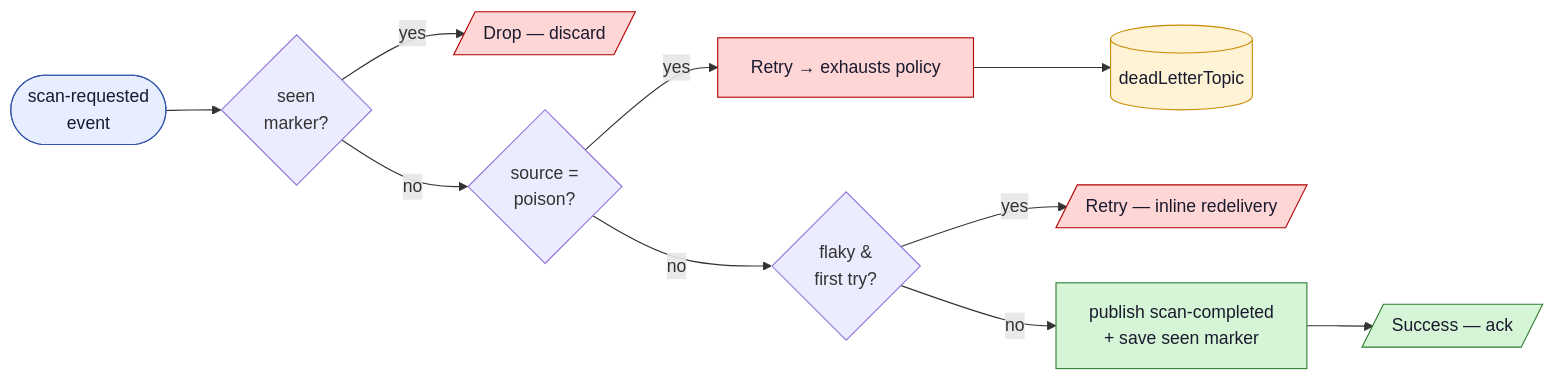
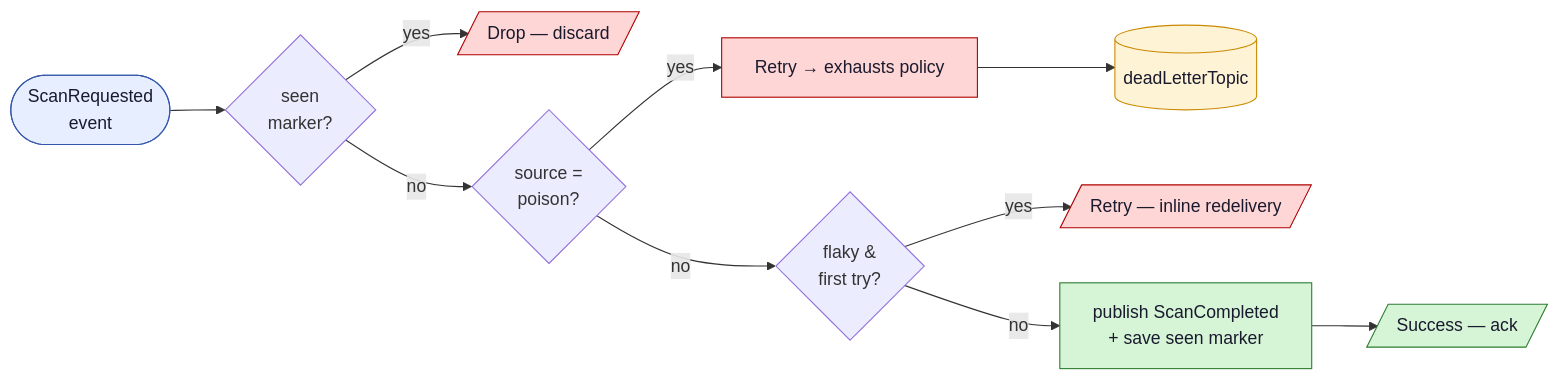
The ninth of 14 diagrams in SLIDES.md (sideeffffect/dapr4s-examples), drawn with Mermaid before and after one commit. The commit also changed other lines of this file and 19 other files, not shown here.

````diff
--- a/SLIDES.md
+++ b/SLIDES.md
@@ -1225,15 +1226,15 @@
 ```mermaid
 flowchart LR
-  E(["scan-requested<br/>event"]) --> SEEN{"seen<br/>marker?"}
+  E(["ScanRequested<br/>event"]) --> SEEN{"seen<br/>marker?"}
   SEEN -- yes --> DROP[/"Drop — discard"/]
   SEEN -- no --> POISON{"source =<br/>poison?"}
   POISON -- yes --> RT1["Retry → exhausts policy"] --> DLQ[("deadLetterTopic")]
   POISON -- no --> FLAKY{"flaky &amp;<br/>first try?"}
   FLAKY -- yes --> RT2[/"Retry — inline redelivery"/]
-  FLAKY -- no --> WORK["publish scan-completed<br/>+ save seen marker"] --> OK[/"Success — ack"/]
+  FLAKY -- no --> WORK["publish ScanCompleted<br/>+ save seen marker"] --> OK[/"Success — ack"/]
   classDef ev fill:#e6eeff,stroke:#3355aa,color:#1a1a2e;
   classDef bad fill:#ffd6d6,stroke:#b00000,color:#1a1a2e;
   classDef ok fill:#d6f5d6,stroke:#2e7d32,color:#1a1a2e;
   classDef infra fill:#fff3d6,stroke:#c98a00,color:#1a1a2e;
   class E ev; class DROP,RT1,RT2 bad; class WORK,OK ok; class DLQ infra;
 ```
````
